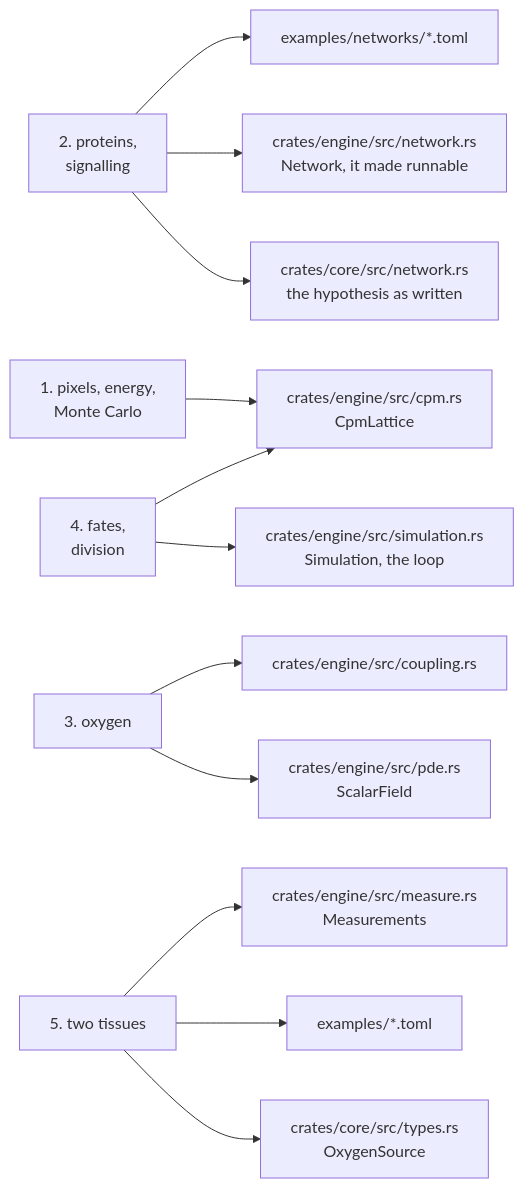
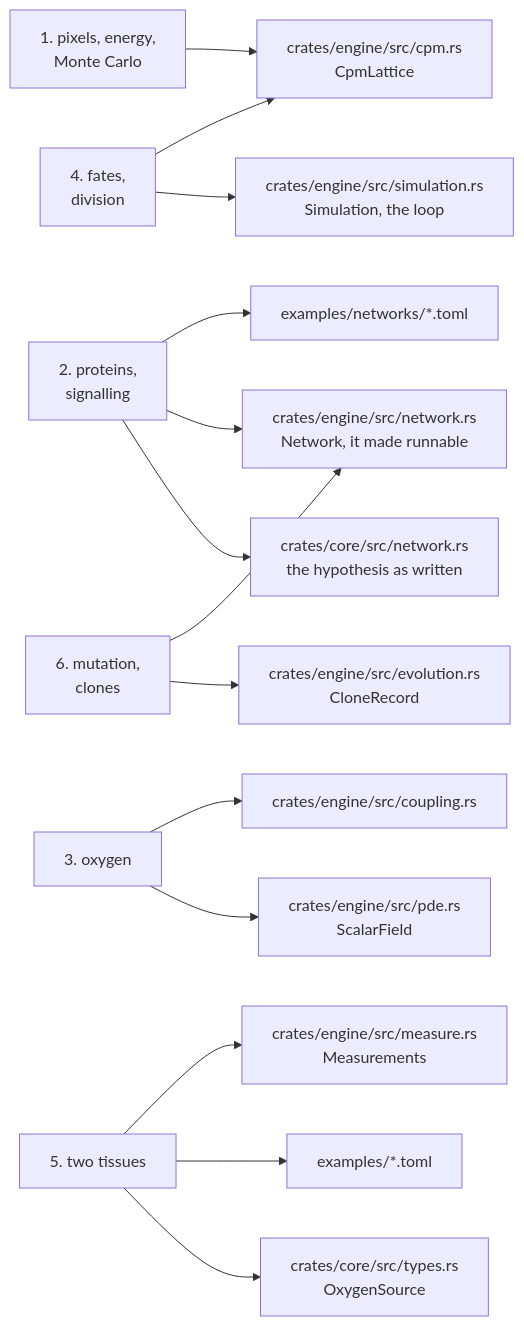
Before and after one commit to ngodzik/cellweave: the diagram in docs/README.md, drawn with Mermaid. The commit also changed other lines of this file and 22 other files, not shown here.

````diff
--- a/docs/README.md
+++ b/docs/README.md
@@ -27,14 +28,16 @@
 ```mermaid
 flowchart LR
     c1["1. pixels, energy,<br/>Monte Carlo"] --> cpm["crates/engine/src/cpm.rs<br/>CpmLattice"]
     c2["2. proteins,<br/>signalling"] --> net["crates/core/src/network.rs<br/>the hypothesis as written"]
     c2 --> run["crates/engine/src/network.rs<br/>Network, it made runnable"]
     c2 --> files["examples/networks/*.toml"]
     c3["3. oxygen"] --> pde["crates/engine/src/pde.rs<br/>ScalarField"]
     c3 --> cpl["crates/engine/src/coupling.rs"]
     c4["4. fates,<br/>division"] --> sim["crates/engine/src/simulation.rs<br/>Simulation, the loop"]
     c4 --> cpm
     c5["5. two tissues"] --> cfg["crates/core/src/types.rs<br/>OxygenSource"]
     c5 --> ex["examples/*.toml"]
     c5 --> mea["crates/engine/src/measure.rs<br/>Measurements"]
+    c6["6. mutation,<br/>clones"] --> evo["crates/engine/src/evolution.rs<br/>CloneRecord"]
+    c6 --> run
 ```
````
